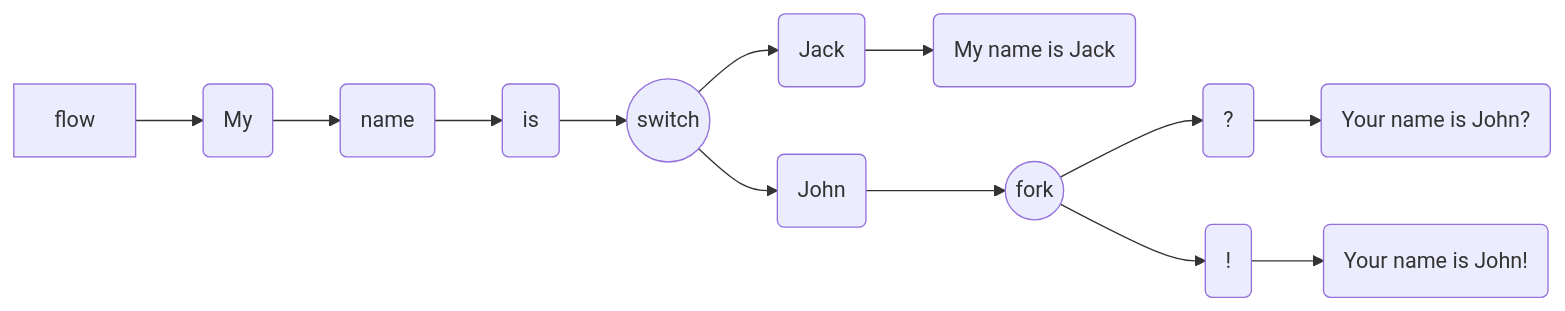
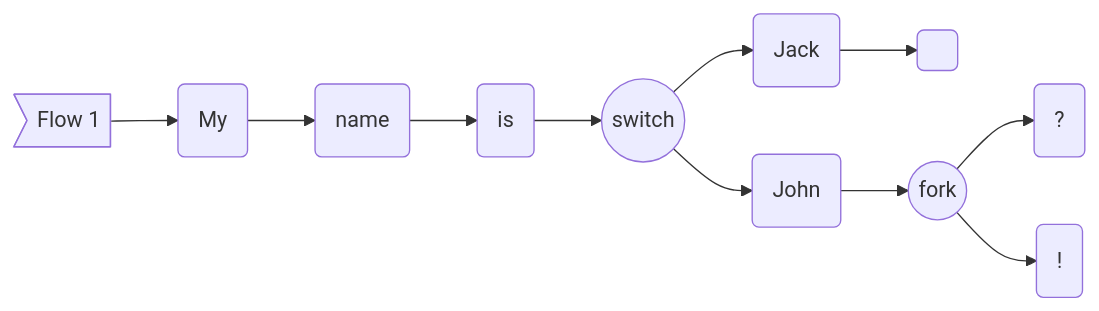
Before and after one commit to ThomasAUB/uflow: the second of 3 diagrams in README.md, drawn with Mermaid. The commit also changed other lines of this file and 2 other files, not shown here.

Commit message:
[graph] implement graph printer

````diff
--- a/README.md
+++ b/README.md
@@ -11,10 +136,9 @@
 ```mermaid
-
 flowchart LR
- 
-flow --> My(My ) --> name(name ) --> is(is ) --> switch((switch))
-switch --> Jack(Jack) --> MynameisJack(My name is Jack)
-switch --> John(John) --> fork((fork))
-fork --> ?(?) --> YournameisJohn?(Your name is John?)
-fork --> !(!) --> YournameisJohn!(Your name is John!)
+ADKPPKOPPPPHAAAA>Flow 1] --> AFKPPKOPPPPHAAAA(My ) --> AHKPPKOPPPPHAAAA(name ) --> AJKPPKOPPPPHAAAA(is ) --> AJLPPKOPPPPHAAAA((switch))
+AJLPPKOPPPPHAAAA --> APKPPKOPPPPHAAAA(Jack) --> ABLPPKOPPPPHAAAA(
+)
+AJLPPKOPPPPHAAAA --> ALKPPKOPPPPHAAAA(John) --> AHLPPKOPPPPHAAAA((fork))
+AHLPPKOPPPPHAAAA --> ADLPPKOPPPPHAAAA(?)
+AHLPPKOPPPPHAAAA --> AFLPPKOPPPPHAAAA(!)
 ```
````
